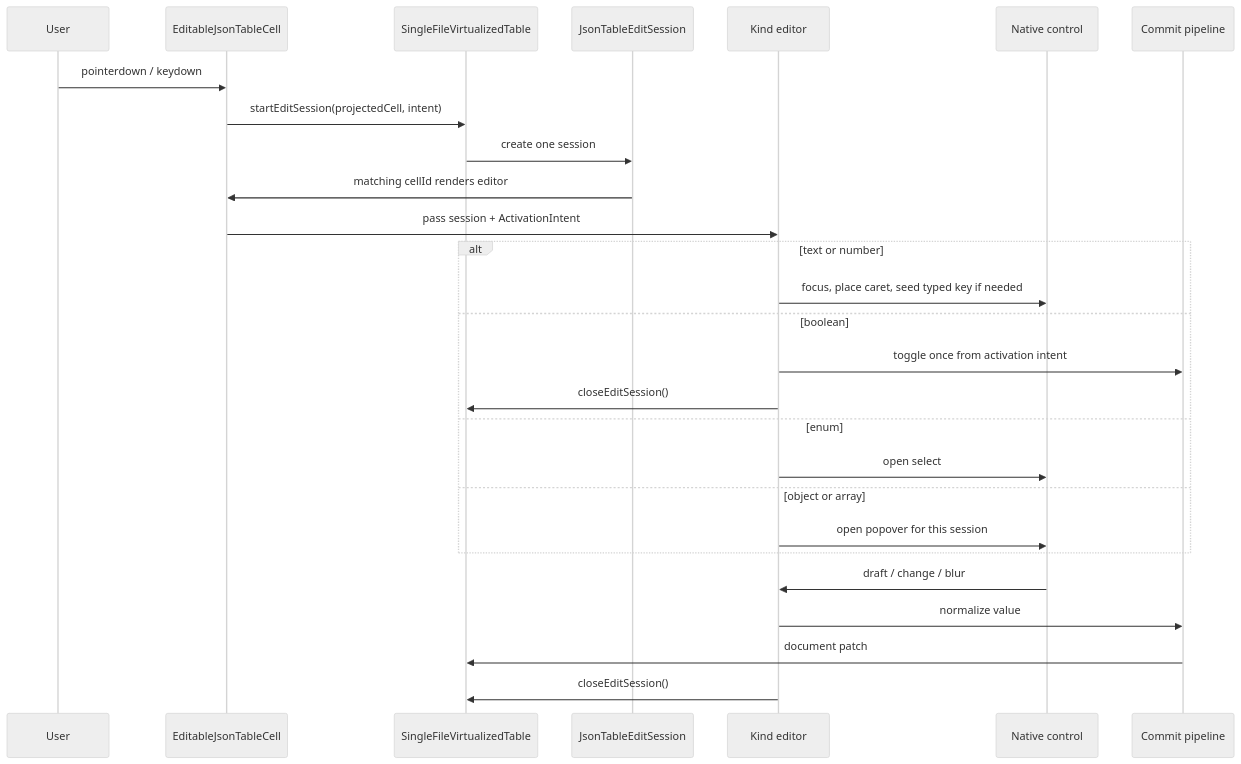
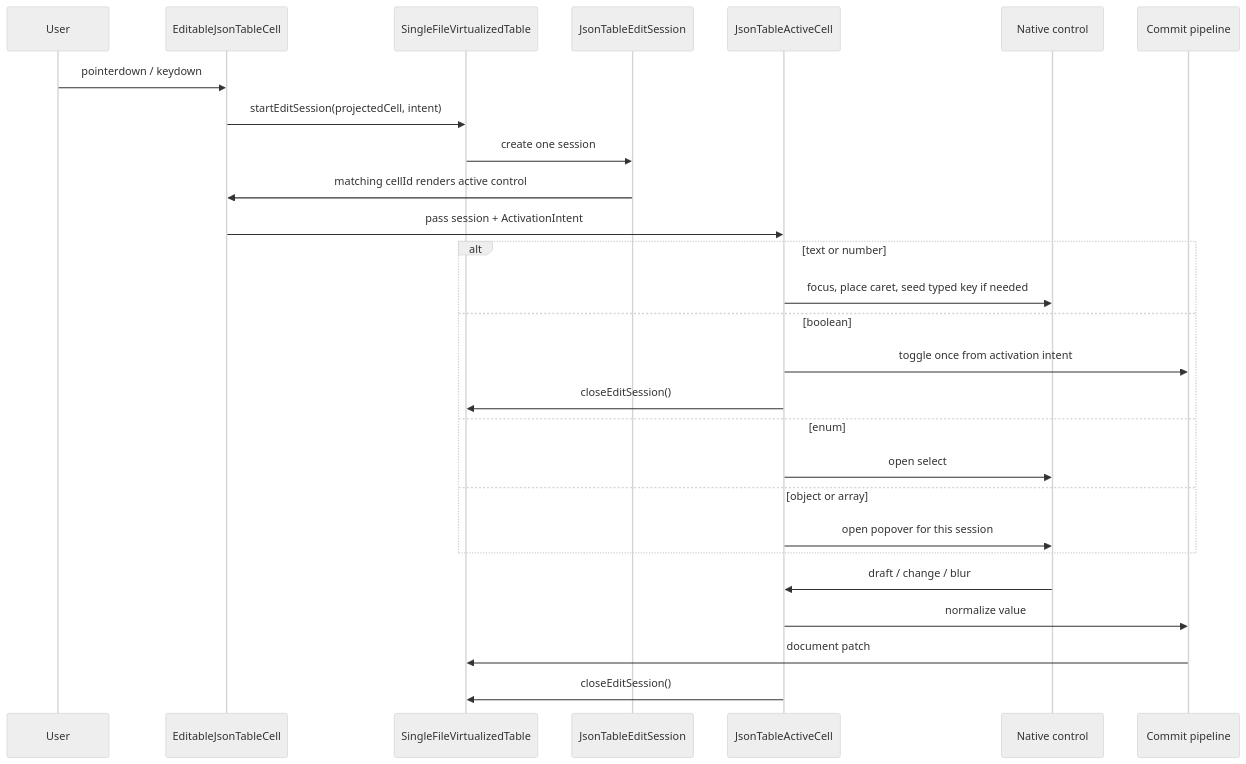
Before and after one commit to retab-dev/retab-ui: the second of 4 diagrams in components/json-table/ARCHITECTURE_DIAGRAM.md, drawn with Mermaid (neutral theme). The commit also changed other lines of this file and 152 other files, not shown here.

````diff
--- a/components/json-table/ARCHITECTURE_DIAGRAM.md
+++ b/components/json-table/ARCHITECTURE_DIAGRAM.md
@@ -83,32 +74,32 @@
 ```mermaid
 sequenceDiagram
   participant U as User
   participant Cell as EditableJsonTableCell
   participant Table as SingleFileVirtualizedTable
   participant Session as JsonTableEditSession
-  participant Editor as Kind editor
+  participant Active as JsonTableActiveCell
   participant Control as Native control
   participant Commit as Commit pipeline
 
   U->>Cell: pointerdown / keydown
   Cell->>Table: startEditSession(projectedCell, intent)
   Table->>Session: create one session
-  Session->>Cell: matching cellId renders editor
-  Cell->>Editor: pass session + ActivationIntent
+  Session->>Cell: matching cellId renders active control
+  Cell->>Active: pass session + ActivationIntent
 
   alt text or number
-    Editor->>Control: focus, place caret, seed typed key if needed
+    Active->>Control: focus, place caret, seed typed key if needed
   else boolean
-    Editor->>Commit: toggle once from activation intent
-    Editor->>Table: closeEditSession()
+    Active->>Commit: toggle once from activation intent
+    Active->>Table: closeEditSession()
   else enum
-    Editor->>Control: open select
+    Active->>Control: open select
   else object or array
-    Editor->>Control: open popover for this session
+    Active->>Control: open popover for this session
   end
 
-  Control->>Editor: draft / change / blur
-  Editor->>Commit: normalize value
+  Control->>Active: draft / change / blur
+  Active->>Commit: normalize value
   Commit->>Table: document patch
-  Editor->>Table: closeEditSession()
+  Active->>Table: closeEditSession()
 ```
````
